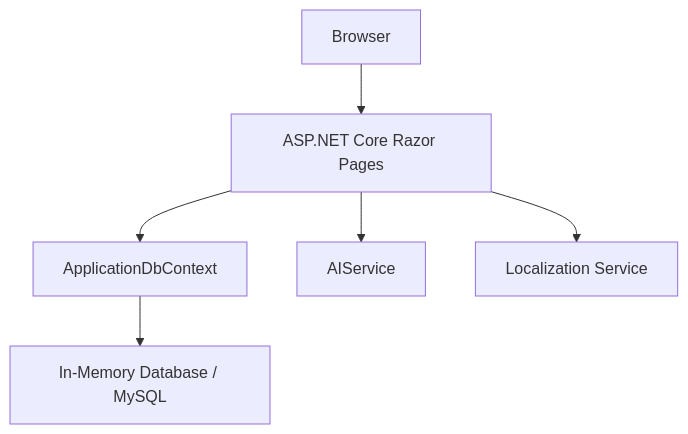
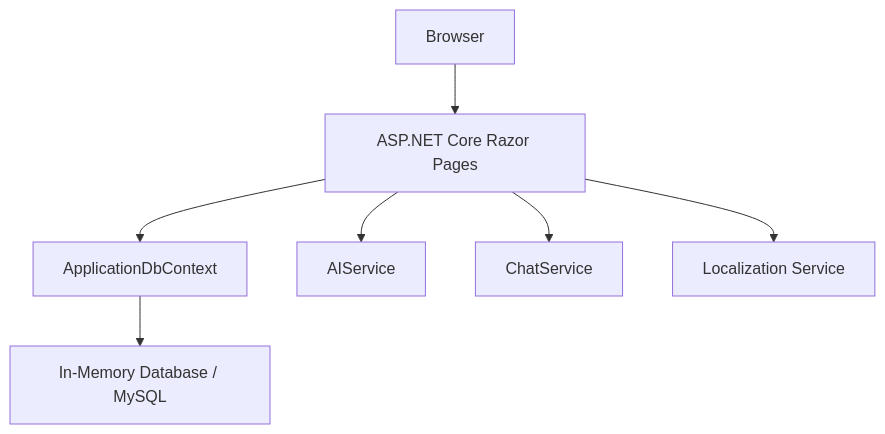
The first of 2 diagrams in readme.md (tcri01/DemoApi), drawn with Mermaid before and after one commit. The commit also changed other lines of this file and 9 other files, not shown here.

````diff
--- a/readme.md
+++ b/readme.md
@@ -6,8 +6,9 @@
 ```mermaid
 graph TD
     A[Browser] --> B[ASP.NET Core Razor Pages]
     B --> C[ApplicationDbContext]
     C --> D[In-Memory Database / MySQL]
     B --> E[AIService]
-    B --> F[Localization Service]
+    B --> F[ChatService]
+    B --> G[Localization Service]
 ```
````
